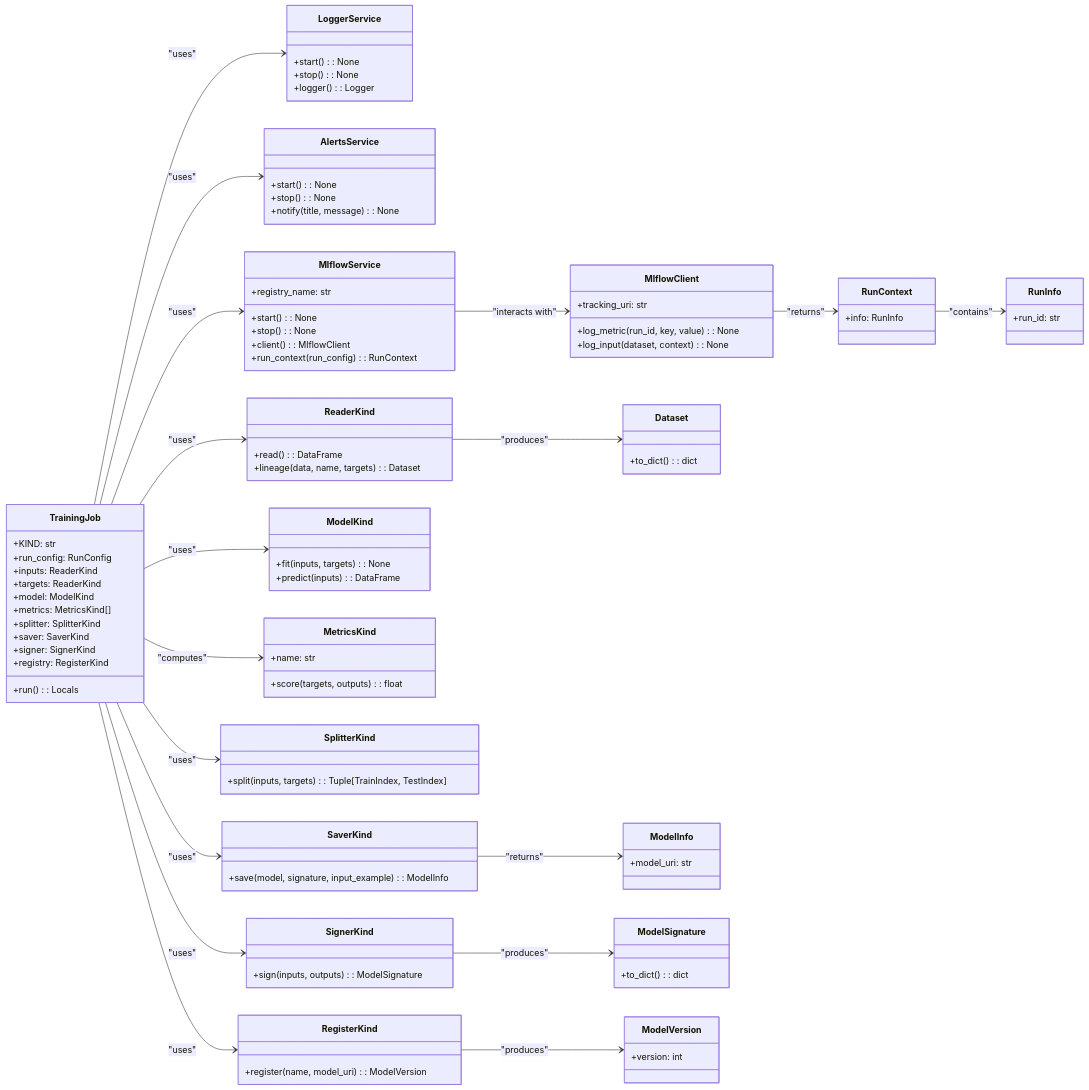
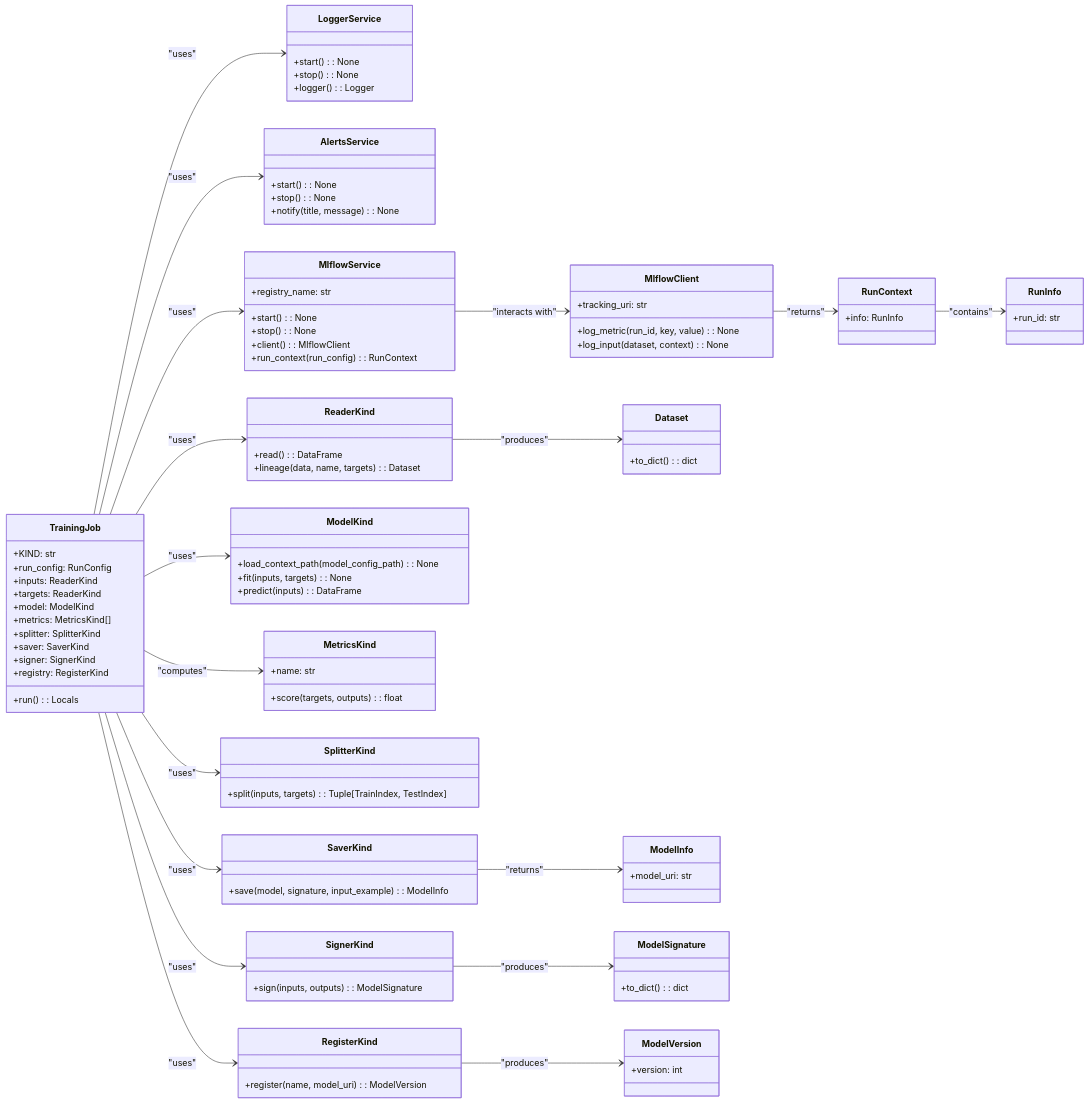
One commit to lgcorzo/llmops-python-package changed the diagram in Documents/Trainning_stories.md. Above: the diagram before and after it, drawn with Mermaid. The commit also changed other lines of this file and 25 other files, not shown here.

```diff
--- a/Documents/Trainning_stories.md
+++ b/Documents/Trainning_stories.md
@@ -84,6 +86,7 @@
     }
 
     class ModelKind {
+        +load_context_path(model_config_path) : None
         +fit(inputs, targets) : None
         +predict(inputs) : DataFrame
     }
```
